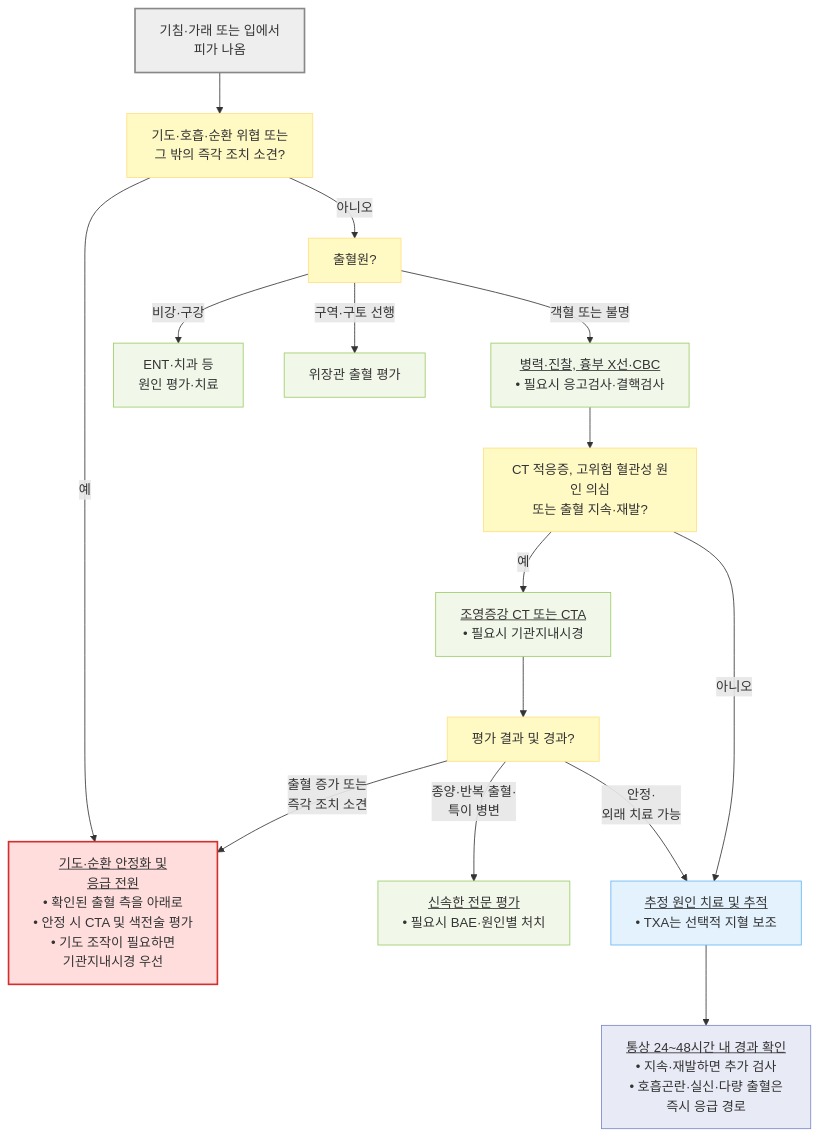
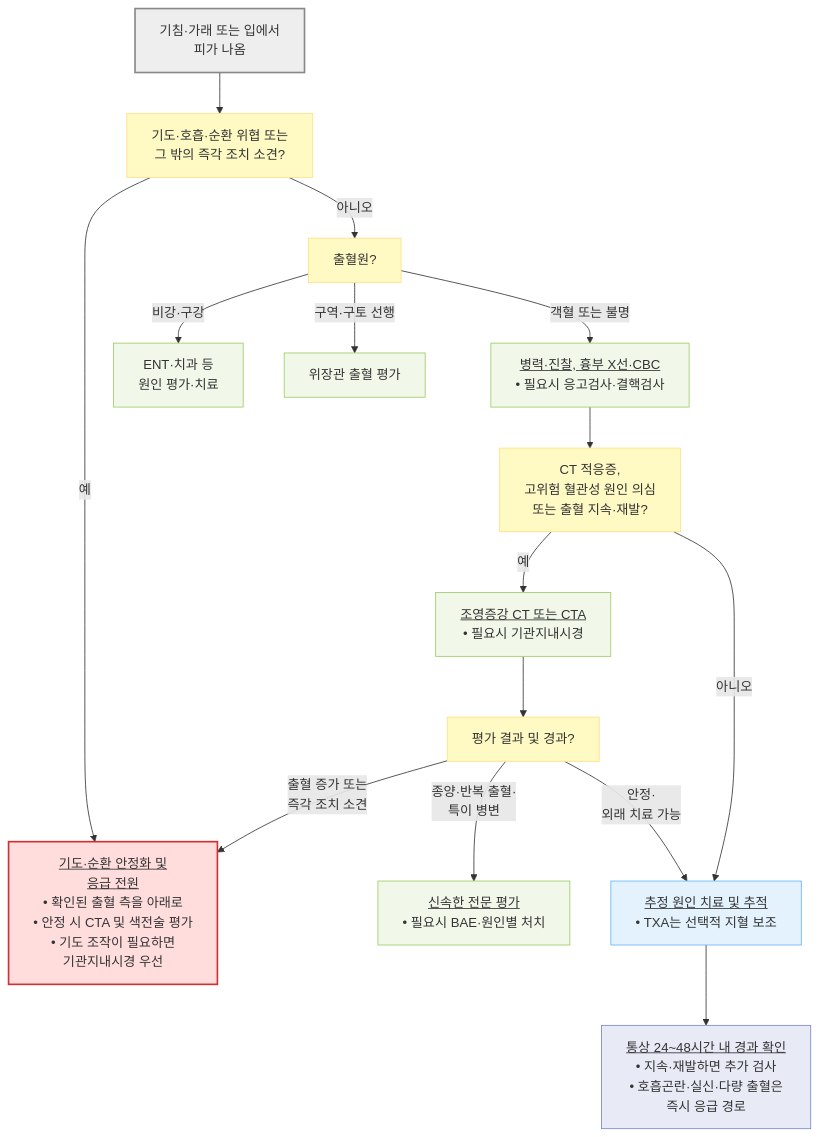
Before and after one commit to familyoh77/familyoh77: the diagram in 220_/008_-hemoptysis.md, drawn with Mermaid. The commit also changed other lines of this file, not shown here.

````diff
--- a/220_/008_-hemoptysis.md
+++ b/220_/008_-hemoptysis.md
@@ -117,30 +117,30 @@
 ```mermaid
 flowchart TD
     A["기침·가래 또는 입에서 <br/>피가 나옴"] --> E["기도·호흡·순환 위협 또는 <br/>그 밖의 즉각 조치 소견?"]
     E -- "예" --> F["<u>기도·순환 안정화 및 <br/>응급 전원</u><br/>• 확인된 출혈 측을 아래로<br/>• 안정 시 CTA 및 색전술 평가<br/>• 기도 조작이 필요하면 <br/>기관지내시경 우선"]
     E -- "아니오" --> B["출혈원?"]
     B -- "비강·구강" --> C["ENT·치과 등 <br/>원인 평가·치료"]
     B -- "구역·구토 선행" --> D["위장관 출혈 평가"]
     B -- "객혈 또는 불명" --> G["<u>병력·진찰, 흉부 X선·CBC</u><br/>• 필요시 응고검사·결핵검사"]
-    G --> H["CT 적응증, 고위험 혈관성 원인 의심<br/>또는 출혈 지속·재발?"]
+    G --> H["CT 적응증,<br/>고위험 혈관성 원인 의심<br/>또는 출혈 지속·재발?"]
     H -- "예" --> I["<u>조영증강 CT 또는 CTA</u><br/>• 필요시 기관지내시경"]
     H -- "아니오" --> J["<u>추정 원인 치료 및 추적</u><br/>• TXA는 선택적 지혈 보조"]
     I --> K["평가 결과 및 경과?"]
     K -- "출혈 증가 또는<br/>즉각 조치 소견" --> F
     K -- "종양·반복 출혈·<br/>특이 병변" --> R["<u>신속한 전문 평가</u><br/>• 필요시 BAE·원인별 처치"]
     K -- "안정·<br/>외래 치료 가능" --> J
     J --> FU["<u>통상 24~48시간 내 경과 확인</u><br/>• 지속·재발하면 추가 검사<br/>• 호흡곤란·실신·다량 출혈은 <br/>즉시 응급 경로"]
 
     classDef start fill:#eeeeee,stroke:#888888,stroke-width:2px
     classDef question fill:#fff9c4,stroke:#ffe082
     classDef emergency fill:#ffdddd,stroke:#d32f2f,stroke-width:2px
     classDef evaluation fill:#f1f8e9,stroke:#9ccc65
     classDef treatment fill:#e3f2fd,stroke:#64b5f6
     classDef followup fill:#e8eaf6,stroke:#7986cb
     class A start
     class E,B,H,K question
     class F emergency
     class C,D,G,I,R evaluation
     class J treatment
     class FU followup
 ```
````
